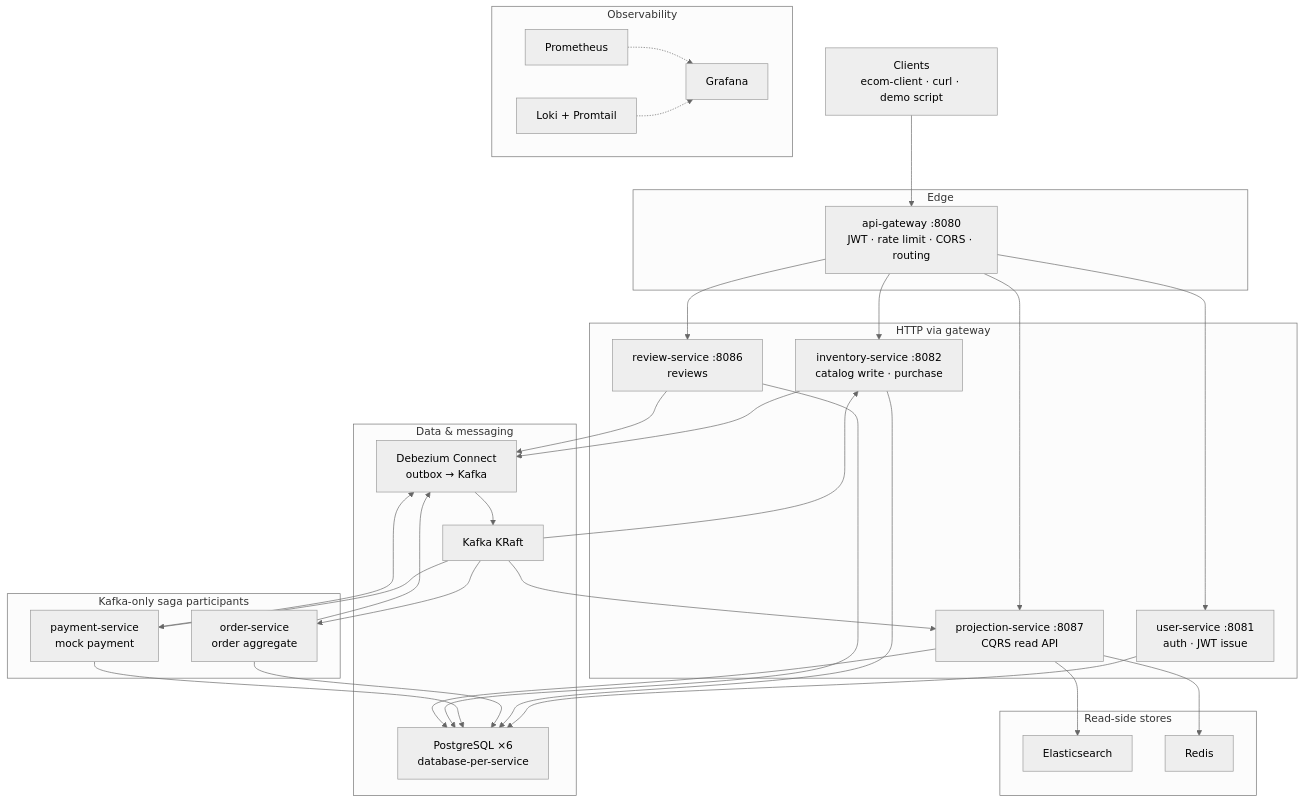
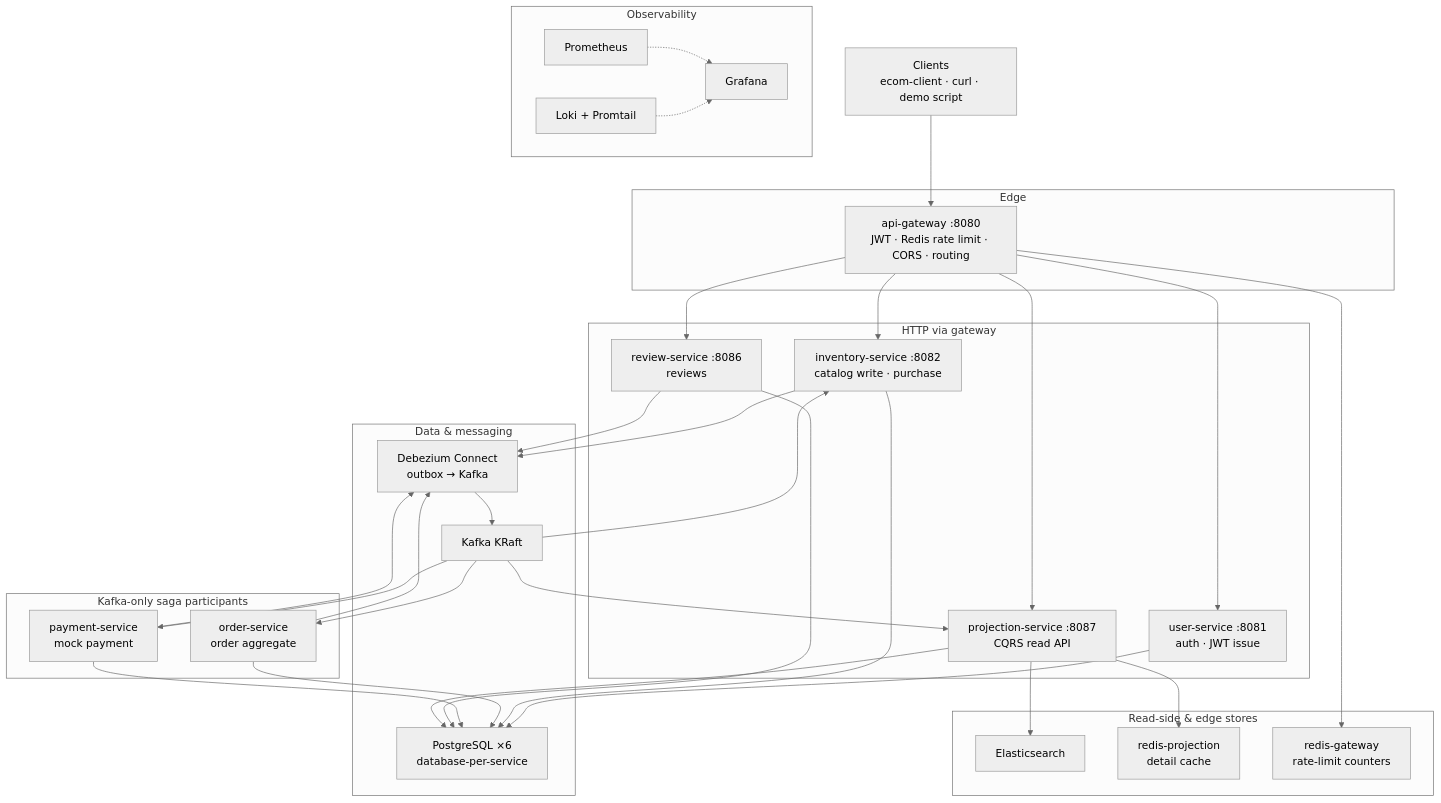
The first of 2 diagrams in README.md (tahaberkamcadev/ecom), drawn with Mermaid (neutral theme) before and after one commit. The commit also changed other lines of this file and 9 other files, not shown here.

First line of the commit message:
Implement Redis-backed rate limiting in API Gateway and update documentation

````diff
--- a/README.md
+++ b/README.md
@@ -62,66 +62,68 @@
 ```mermaid
 flowchart TB
   CLIENT["Clients<br/>ecom-client · curl · demo script"]
 
   subgraph edge["Edge"]
-    GW["api-gateway :8080<br/>JWT · rate limit · CORS · routing"]
+    GW["api-gateway :8080<br/>JWT · Redis rate limit · CORS · routing"]
   end
 
   subgraph http["HTTP via gateway"]
     USER["user-service :8081<br/>auth · JWT issue"]
     INV["inventory-service :8082<br/>catalog write · purchase"]
     REV["review-service :8086<br/>reviews"]
     PRJ["projection-service :8087<br/>CQRS read API"]
   end
 
   subgraph saga["Kafka-only saga participants"]
     ORD["order-service<br/>order aggregate"]
     PAY["payment-service<br/>mock payment"]
   end
 
-  subgraph readstore["Read-side stores"]
+  subgraph readstore["Read-side & edge stores"]
     ES["Elasticsearch"]
-    RD["Redis"]
+    RD["redis-projection<br/>detail cache"]
+    RDG["redis-gateway<br/>rate-limit counters"]
   end
 
   subgraph data["Data & messaging"]
     DB["PostgreSQL ×6<br/>database-per-service"]
     DEB["Debezium Connect<br/>outbox → Kafka"]
     K["Kafka KRaft"]
   end
 
   subgraph obs["Observability"]
     PROM["Prometheus"]
     LOKI["Loki + Promtail"]
     GRAF["Grafana"]
   end
 
   CLIENT --> GW
   GW --> USER
   GW --> INV
   GW --> REV
   GW --> PRJ
+  GW --> RDG
 
   USER --> DB
   INV --> DB
   ORD --> DB
   PAY --> DB
   REV --> DB
   PRJ --> DB
   PRJ --> ES
   PRJ --> RD
 
   INV --> DEB
   ORD --> DEB
   PAY --> DEB
   REV --> DEB
   DEB --> K
 
   K --> ORD
   K --> PAY
   K --> PRJ
   K --> INV
 
   PROM -.-> GRAF
   LOKI -.-> GRAF
 ```
````
